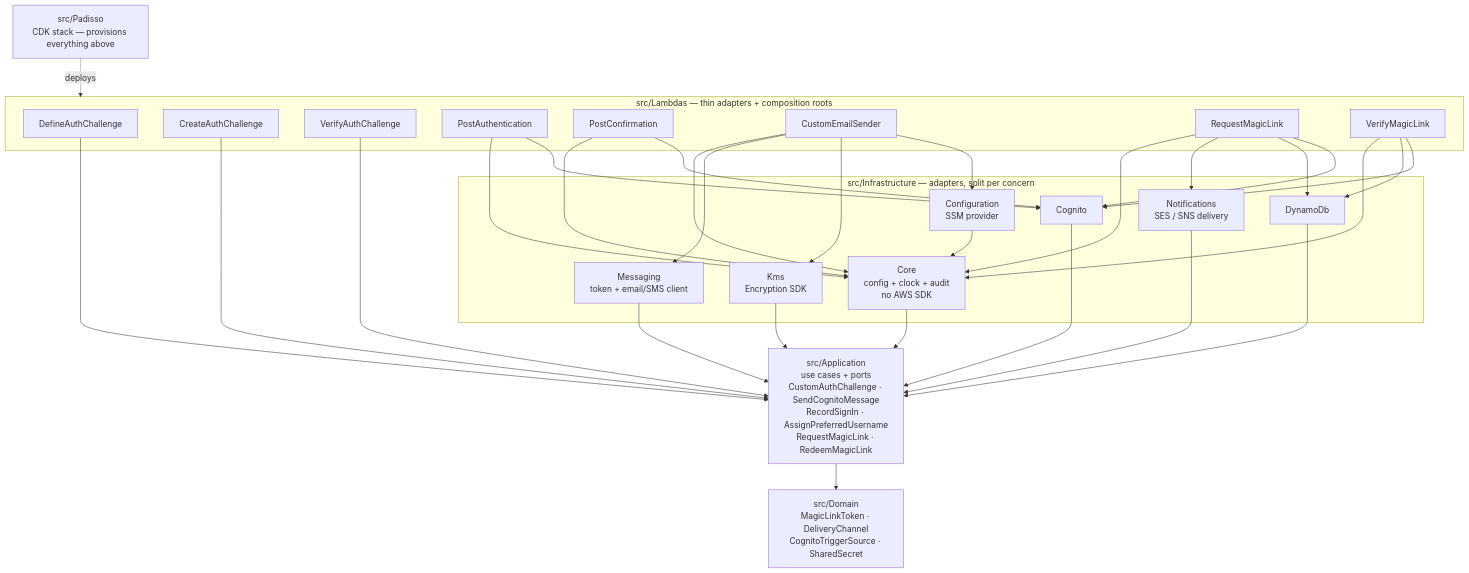
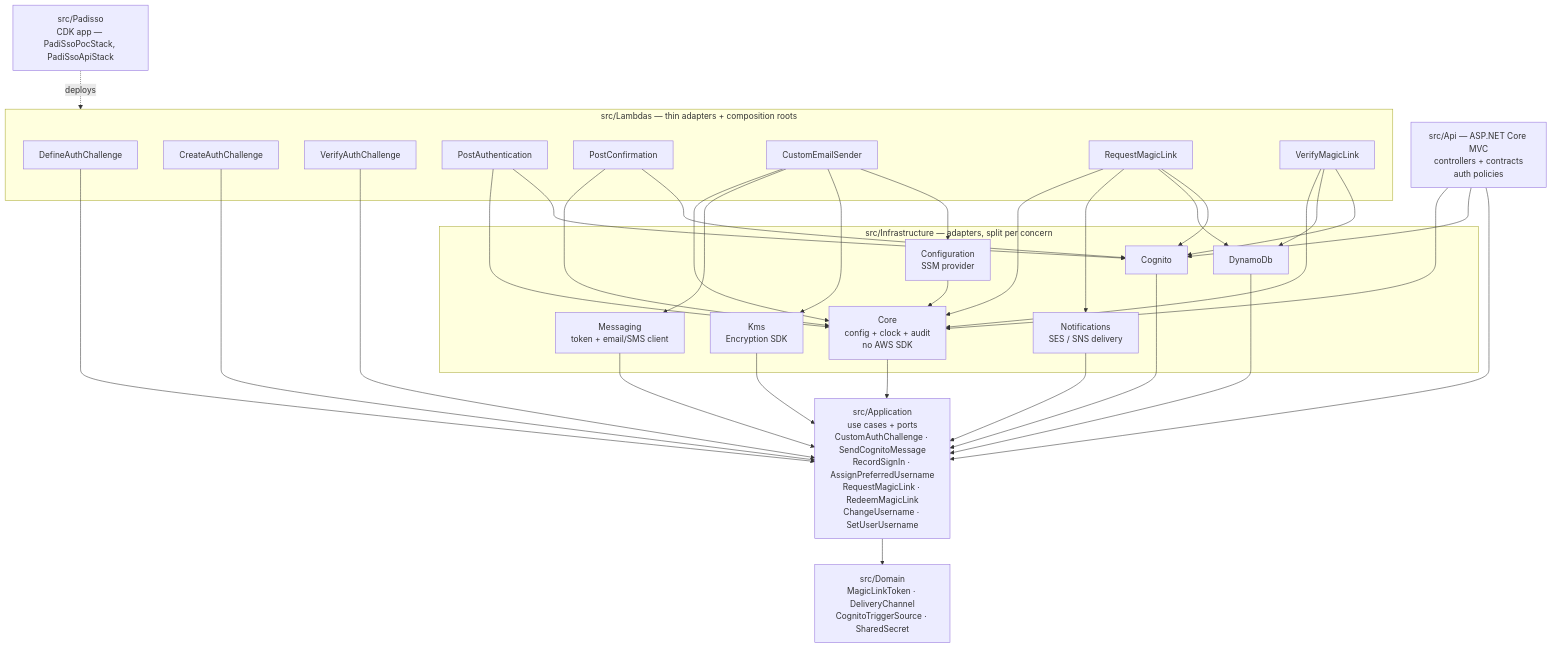
One commit to minhthanhnguyen/PADISSOPOC changed the third of 5 diagrams in PADISSOPOC/docs/architecture.md. Above: the diagram before and after it, drawn with Mermaid. The commit also changed other lines of this file and 27 other files, not shown here.

````diff
--- a/PADISSOPOC/docs/architecture.md
+++ b/PADISSOPOC/docs/architecture.md
@@ -135,59 +151,65 @@
 ```mermaid
 flowchart TD
+    WEBAPI["src/Api — ASP.NET Core MVC<br/>controllers + contracts<br/>auth policies"]
+
     subgraph lam["src/Lambdas — thin adapters + composition roots"]
         L1["DefineAuthChallenge"]
         L2["CreateAuthChallenge"]
         L3["VerifyAuthChallenge"]
         L4["PostAuthentication"]
         L8["PostConfirmation"]
         L5["CustomEmailSender"]
         L6["RequestMagicLink"]
         L7["VerifyMagicLink"]
     end
 
     subgraph infra["src/Infrastructure — adapters, split per concern"]
         ICore["Core<br/>config + clock + audit<br/>no AWS SDK"]
         ICfg["Configuration<br/>SSM provider"]
         ICog["Cognito"]
         IDdb["DynamoDb"]
         IKms["Kms<br/>Encryption SDK"]
         IMsg["Messaging<br/>token + email/SMS client"]
         INot["Notifications<br/>SES / SNS delivery"]
     end
 
-    APP["src/Application<br/>use cases + ports<br/>CustomAuthChallenge · SendCognitoMessage<br/>RecordSignIn · AssignPreferredUsername<br/>RequestMagicLink · RedeemMagicLink"]
+    APP["src/Application<br/>use cases + ports<br/>CustomAuthChallenge · SendCognitoMessage<br/>RecordSignIn · AssignPreferredUsername<br/>RequestMagicLink · RedeemMagicLink<br/>ChangeUsername · SetUserUsername"]
     DOM["src/Domain<br/>MagicLinkToken · DeliveryChannel<br/>CognitoTriggerSource · SharedSecret"]
 
-    CDK["src/Padisso<br/>CDK stack — provisions everything above"]
+    CDK["src/Padisso<br/>CDK app — PadiSsoPocStack, PadiSsoApiStack"]
 
     L1 --> APP
     L2 --> APP
     L3 --> APP
     L4 --> ICog
     L5 --> ICfg
     L5 --> IKms
     L5 --> IMsg
     L6 --> ICog
     L6 --> IDdb
     L6 --> INot
     L7 --> ICog
     L7 --> IDdb
 
     L8 --> ICog
     L8 --> ICore
     L4 --> ICore
     L5 --> ICore
     L6 --> ICore
     L7 --> ICore
 
+    WEBAPI --> APP
+    WEBAPI --> ICog
+    WEBAPI --> ICore
+
     ICore --> APP
     ICfg --> ICore
     ICog --> APP
     IDdb --> APP
     IKms --> APP
     IMsg --> APP
     INot --> APP
     APP --> DOM
 
     CDK -.->|deploys| lam
 ```
````
